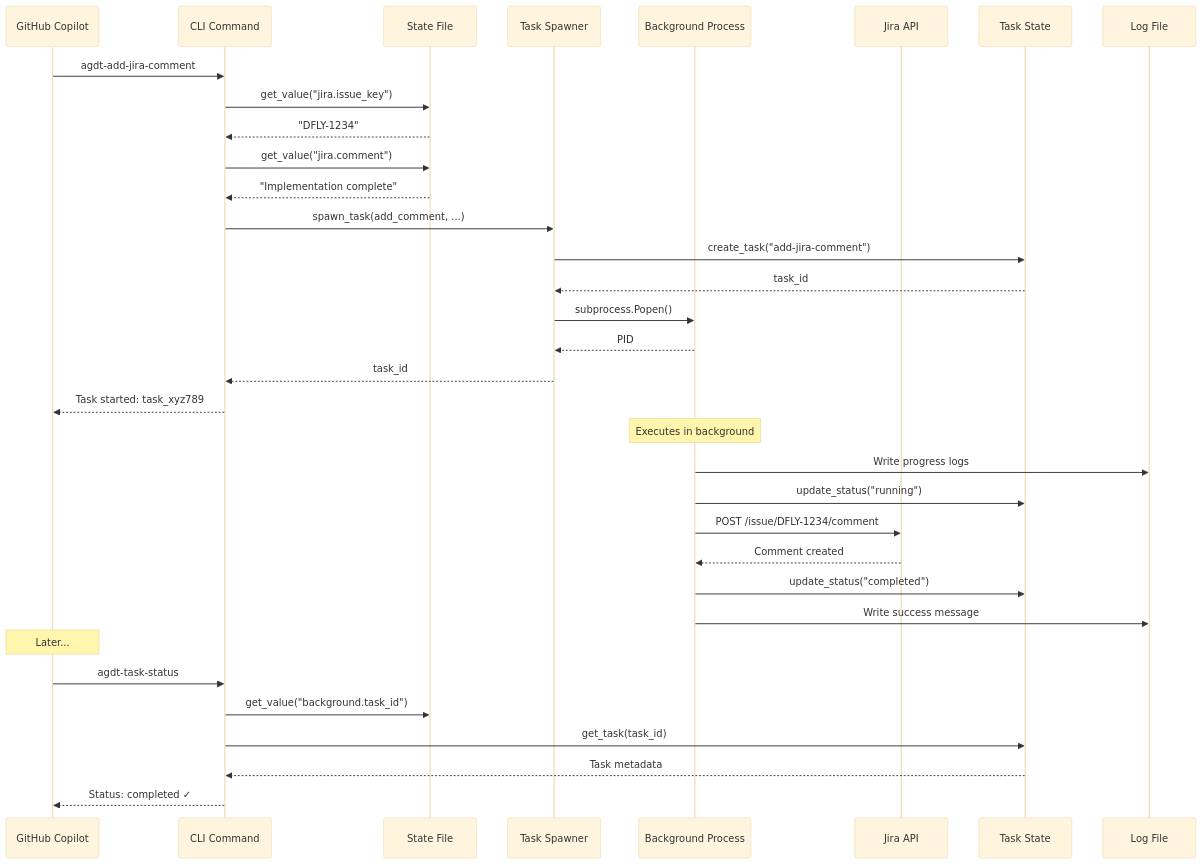
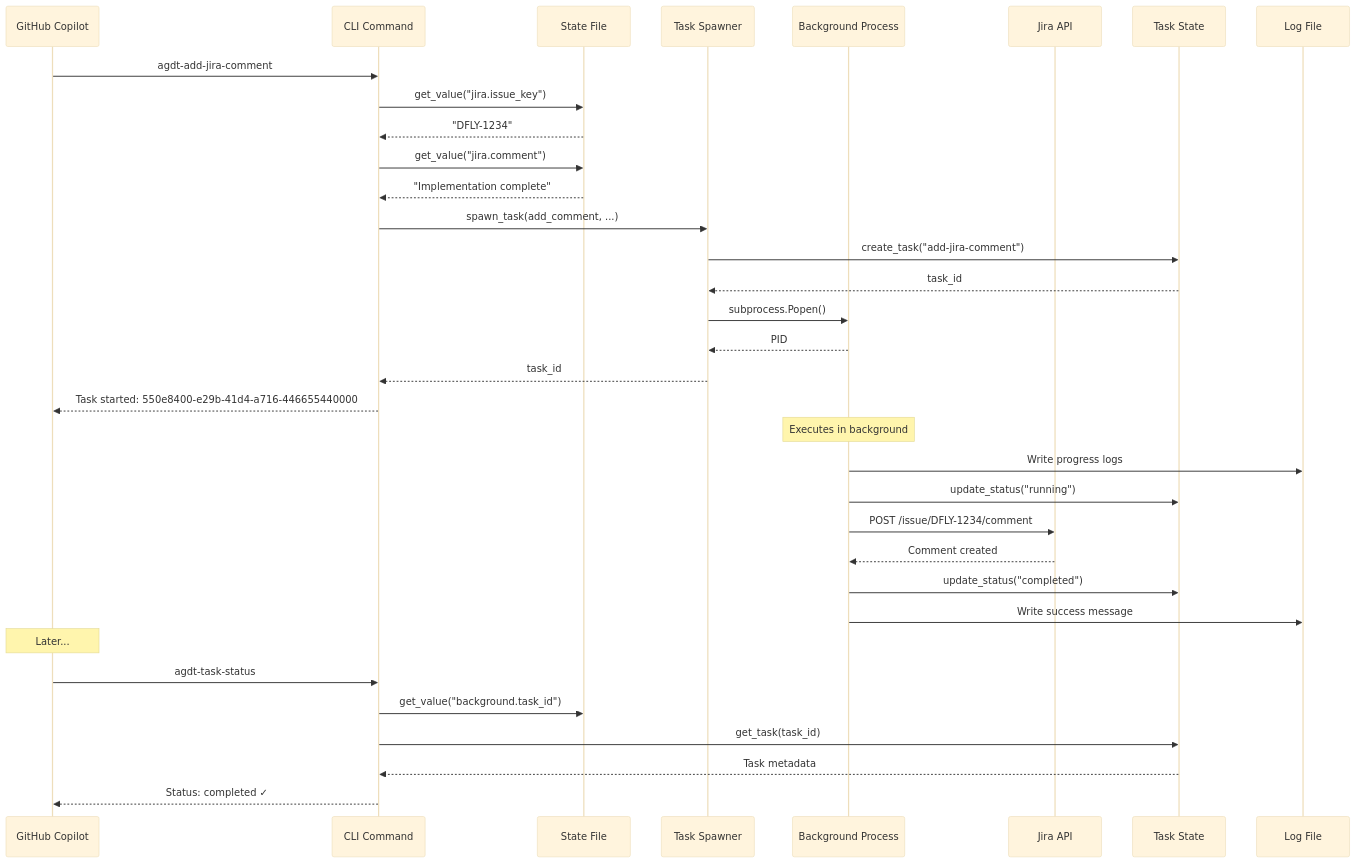
One commit to ayaiayorg/agentic-devtools changed the second of 8 diagrams in docs/06-runtime-view.md. Above: the diagram before and after it, drawn with Mermaid (base theme). The commit also changed 5 other files, not shown here.

````diff
--- a/docs/06-runtime-view.md
+++ b/docs/06-runtime-view.md
@@ -77,42 +77,42 @@
 ```mermaid
 sequenceDiagram
     participant Copilot as GitHub Copilot
     participant CLI as CLI Command
     participant State as State File
     participant Spawner as Task Spawner
     participant Process as Background Process
     participant Jira as Jira API
     participant TaskState as Task State
     participant Log as Log File
     
     Copilot->>CLI: agdt-add-jira-comment
     CLI->>State: get_value("jira.issue_key")
     State-->>CLI: "DFLY-1234"
     CLI->>State: get_value("jira.comment")
     State-->>CLI: "Implementation complete"
     
     CLI->>Spawner: spawn_task(add_comment, ...)
     Spawner->>TaskState: create_task("add-jira-comment")
     TaskState-->>Spawner: task_id
     Spawner->>Process: subprocess.Popen()
     Process-->>Spawner: PID
     Spawner-->>CLI: task_id
-    CLI-->>Copilot: Task started: task_xyz789
+    CLI-->>Copilot: Task started: 550e8400-e29b-41d4-a716-446655440000
     
     Note over Process: Executes in background
     
     Process->>Log: Write progress logs
     Process->>TaskState: update_status("running")
     Process->>Jira: POST /issue/DFLY-1234/comment
     Jira-->>Process: Comment created
     Process->>TaskState: update_status("completed")
     Process->>Log: Write success message
     
     Note over Copilot: Later...
     
     Copilot->>CLI: agdt-task-status
     CLI->>State: get_value("background.task_id")
     CLI->>TaskState: get_task(task_id)
     TaskState-->>CLI: Task metadata
     CLI-->>Copilot: Status: completed ✓
 ```
````
